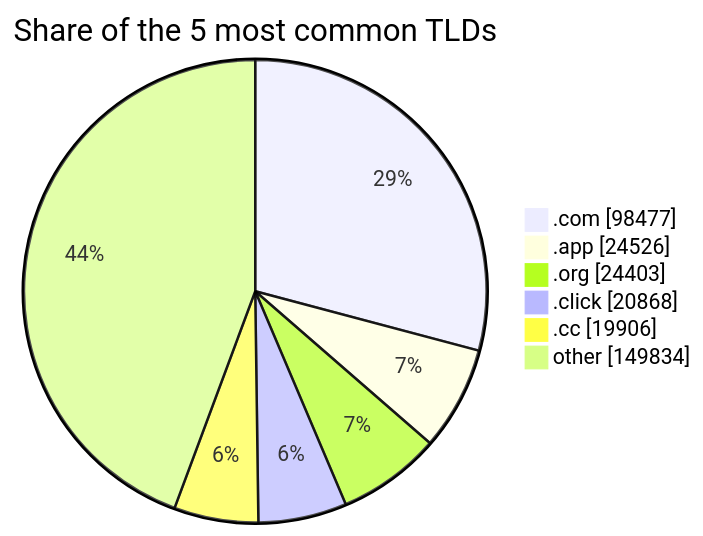
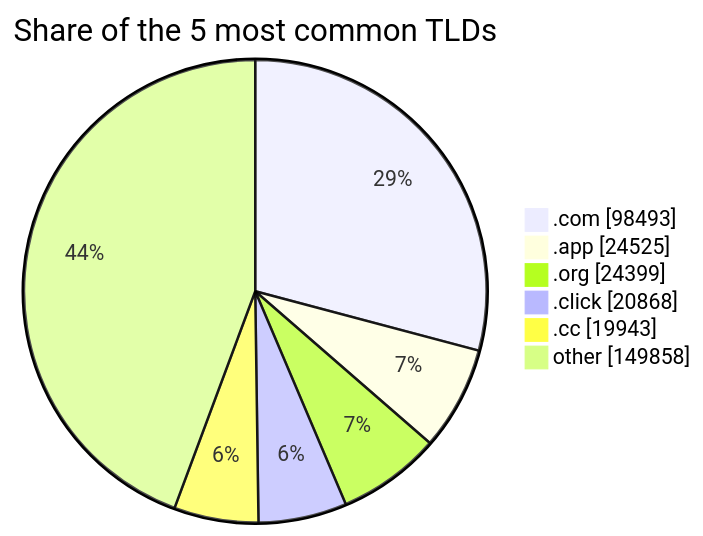
Before and after one commit to DNSBunker/CTI: the third of 3 diagrams in README.md, drawn with Mermaid. The commit also changed other lines of this file and 4 other files, not shown here.

````diff
--- a/README.md
+++ b/README.md
@@ -81,9 +81,9 @@
 ```mermaid
 pie showData title Share of the 5 most common TLDs
-    ".com" : 98477
-    ".app" : 24526
-    ".org" : 24403
+    ".com" : 98493
+    ".app" : 24525
+    ".org" : 24399
     ".click" : 20868
-    ".cc" : 19906
-    "other" : 149834
+    ".cc" : 19943
+    "other" : 149858
 ```
````
